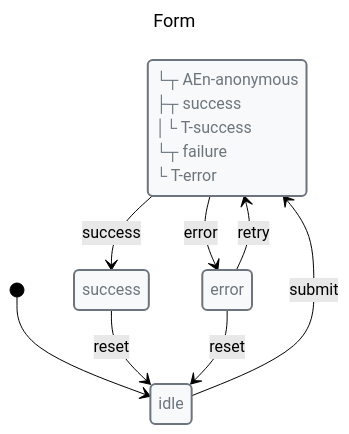
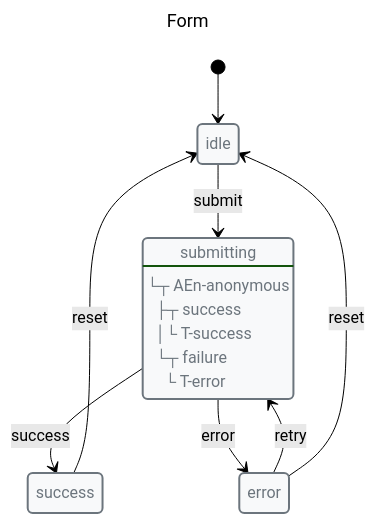
The diagram in docs/why.md (Masquerade-Circus/x-robot), drawn with Mermaid (forest theme) before and after one commit. The commit also changed other lines of this file and 123 other files, not shown here.

Commit message:
refactor: improve mermaid code

````diff
--- a/docs/why.md
+++ b/docs/why.md
@@ -47,33 +47,34 @@
 ```mermaid
 ---
 title: Form
 ---
 
 stateDiagram-v2
+direction TB
 
 classDef danger fill:#f8d7da,stroke:#721c24,stroke-width:2px,text-align:left,color:#721c24
 classDef warning fill:#fff3cd,stroke:#856404,stroke-width:2px,text-align:left,color:#856404
 classDef success fill:#d4edda,stroke:#155724,stroke-width:2px,text-align:left,color:#155724
 classDef primary fill:#cce5ff,stroke:#004085,stroke-width:2px,text-align:left,color:#004085
 classDef info fill:#d1ecf1,stroke:#0c5460,stroke-width:2px,text-align:left,color:#0c5460
 classDef def fill:#f8f9fa,stroke:#6c757d,stroke-width:2px,text-align:left,color:#6c757d
 
-state idle
-state submitting
-state success
-state error
+state "idle" as idle
+state "submitting" as submitting
+state "success" as success
+state "error" as error
 class idle def
 class submitting def
 class success def
 class error def
 
-submitting: └┬ AEn-anonymous<br> ├┬ success<br> │└ T-success<br> └┬ failure<br>  └ T-error
+submitting: └┬ AEn-anonymous<br> ├┬ success<br> │└ T-success<br> └┬ failure<br>  └ T-error
 
 [*] --> idle
 idle --> submitting: submit
 submitting --> success: success
 submitting --> error: error
 success --> idle: reset
 error --> submitting: retry
 error --> idle: reset
 ```
````
